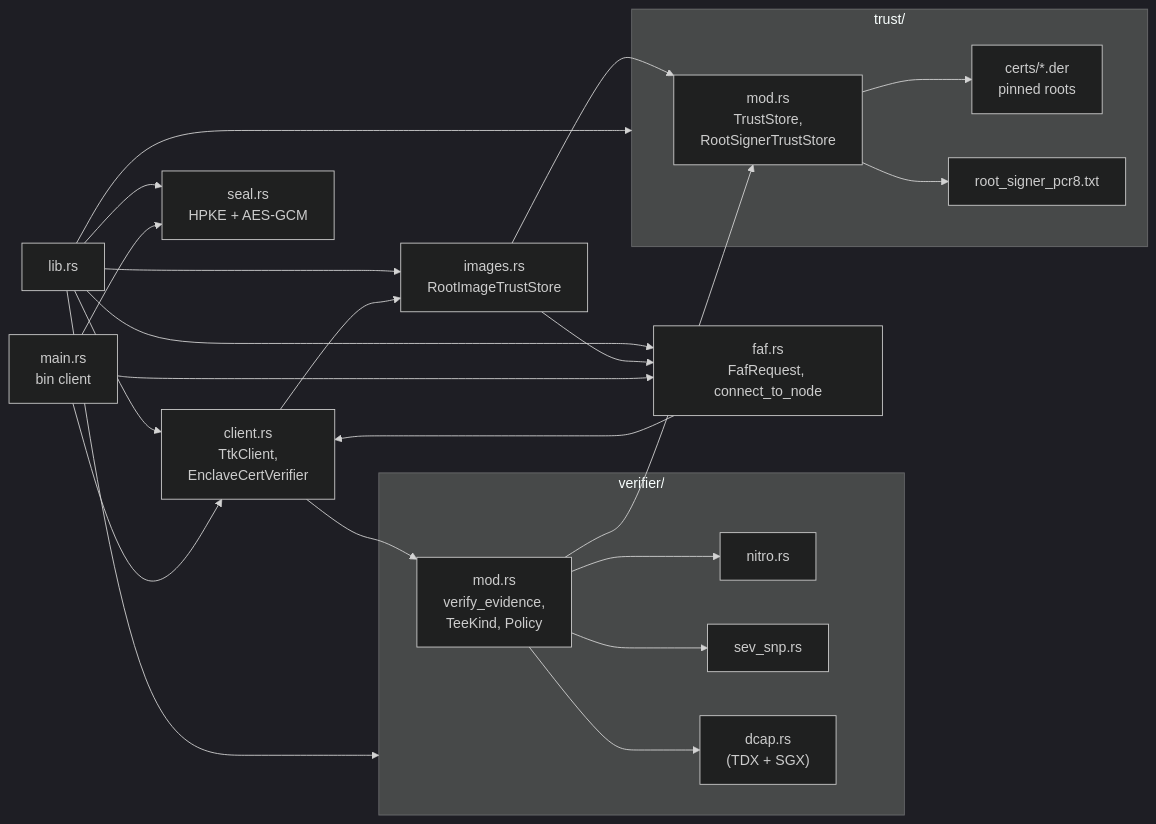
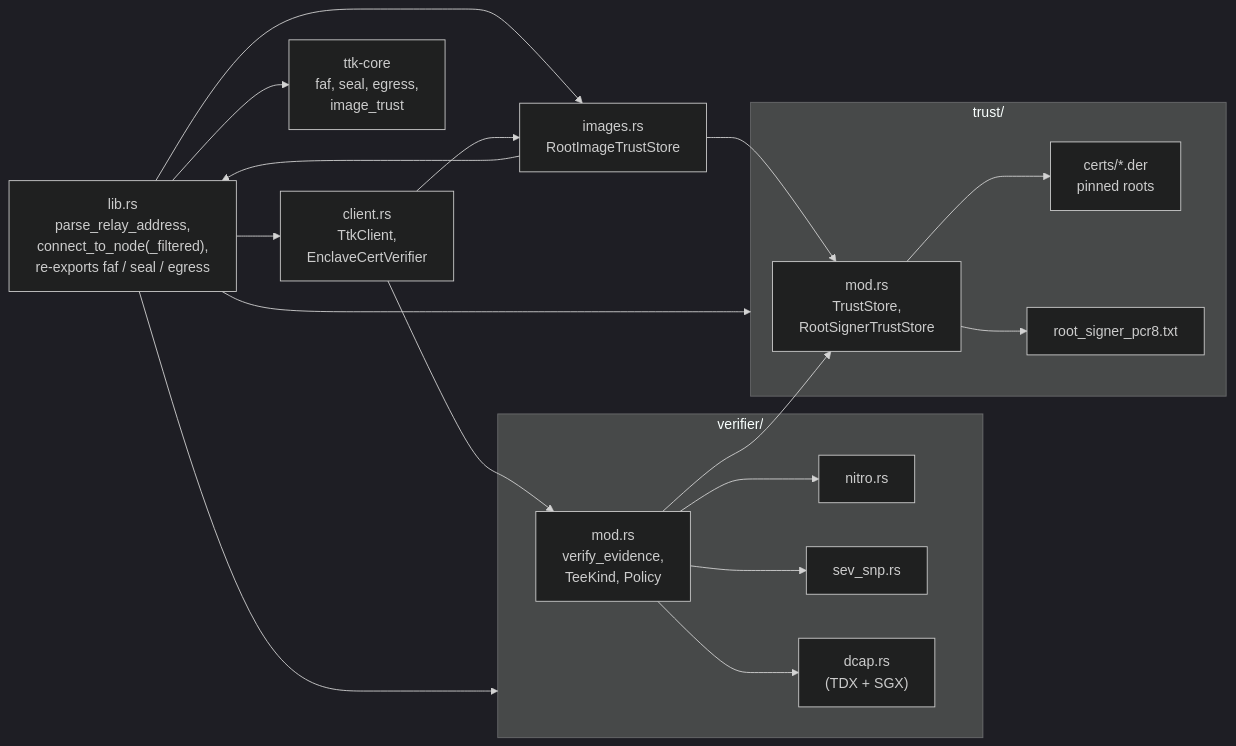
The first of 2 diagrams in docs/src/ra-client.md (Lanetus/TTKServer), drawn with Mermaid (dark theme) before and after one commit. The commit also changed other lines of this file and 14 other files, not shown here.

First line of the commit message:
feat: update the mdBook architecture docs to the current workspace (#94)

````diff
--- a/docs/src/ra-client.md
+++ b/docs/src/ra-client.md
@@ -11,31 +11,28 @@
 ```mermaid
 flowchart LR
-    lib["lib.rs"]
+    lib["lib.rs<br/>parse_relay_address,<br/>connect_to_node(_filtered),<br/>re-exports faf / seal / egress"]
     client["client.rs<br/>TtkClient,<br/>EnclaveCertVerifier"]
     subgraph ver["verifier/"]
         vmod["mod.rs<br/>verify_evidence,<br/>TeeKind, Policy"]
         vn["nitro.rs"]
         vs["sev_snp.rs"]
         vd["dcap.rs<br/>(TDX + SGX)"]
     end
     subgraph tr["trust/"]
         tmod["mod.rs<br/>TrustStore,<br/>RootSignerTrustStore"]
         certs["certs/*.der<br/>pinned roots"]
         pcr8["root_signer_pcr8.txt"]
     end
     images["images.rs<br/>RootImageTrustStore"]
-    faf["faf.rs<br/>FafRequest, connect_to_node"]
-    seal["seal.rs<br/>HPKE + AES-GCM"]
-    main["main.rs<br/>bin client"]
+    core["ttk-core<br/>faf, seal, egress,<br/>image_trust"]
 
-    lib --> client & faf & seal & ver & tr & images
+    lib --> client & ver & tr & images
+    lib --> core
     client --> vmod
     client --> images
     vmod --> vn & vs & vd
     vmod --> tmod
     tmod --> certs & pcr8
-    images --> faf
+    images --> lib
     images --> tmod
-    faf --> client
-    main --> client & faf & seal
 ```
````
